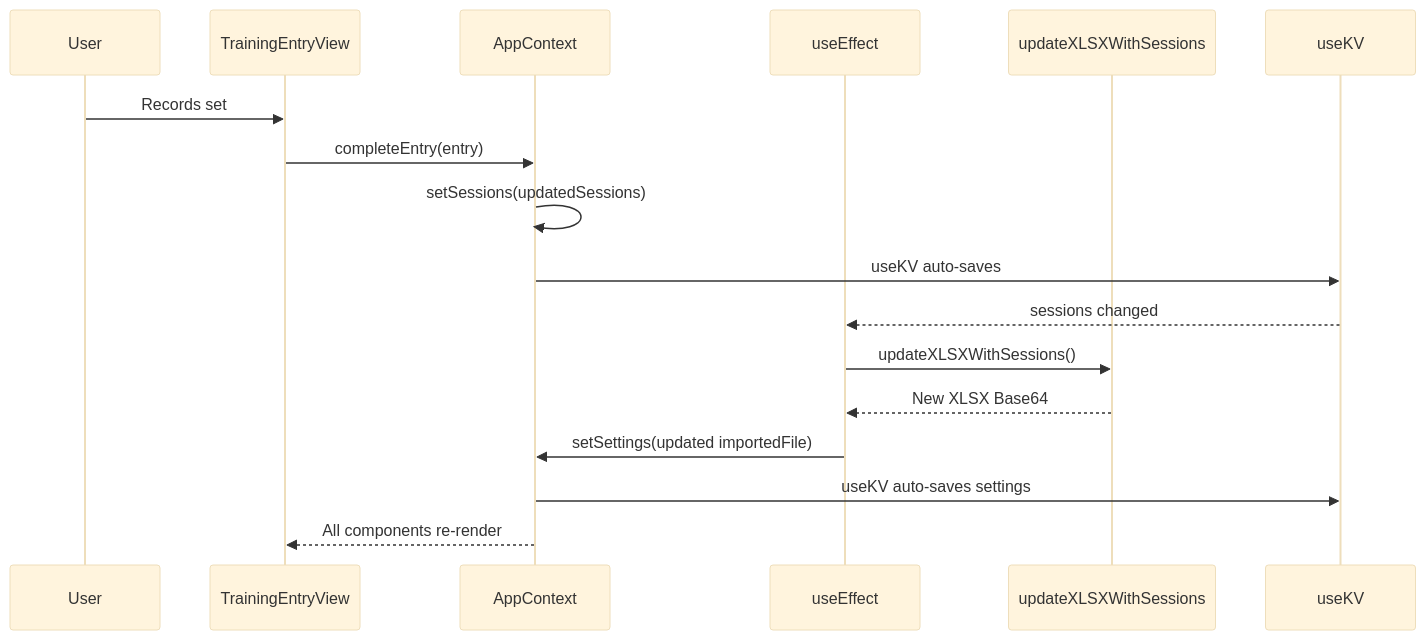
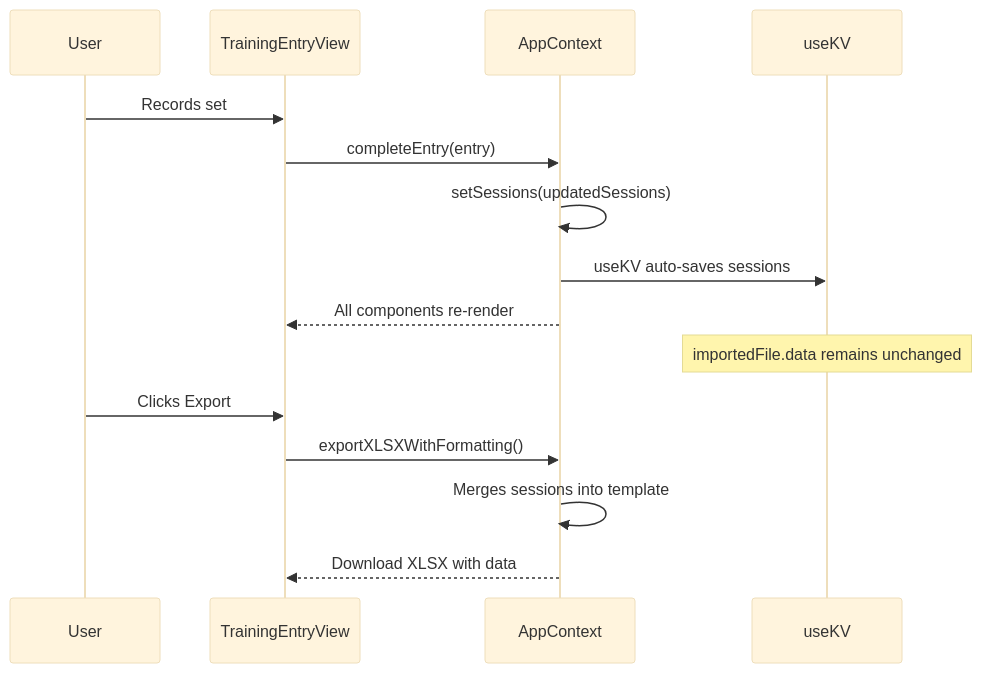
Before and after one commit to harrybin/hill-fitness-sheets: the fifth of 6 diagrams in DATAFLOW.md, drawn with Mermaid (base theme). The commit also changed other lines of this file and 1 other file, not shown here.

Commit message:
fix: update import rules for XLSX parser to require at least four exercises per session

````diff
--- a/DATAFLOW.md
+++ b/DATAFLOW.md
@@ -125,20 +126,20 @@
 ```mermaid
 sequenceDiagram
     participant User
     participant UI as TrainingEntryView
     participant Context as AppContext
-    participant Effect as useEffect
-    participant Utils as updateXLSXWithSessions
     participant Storage as useKV
 
     User->>UI: Records set
     UI->>Context: completeEntry(entry)
     Context->>Context: setSessions(updatedSessions)
-    Context->>Storage: useKV auto-saves
-    Storage-->>Effect: sessions changed
-    Effect->>Utils: updateXLSXWithSessions()
-    Utils-->>Effect: New XLSX Base64
-    Effect->>Context: setSettings(updated importedFile)
-    Context->>Storage: useKV auto-saves settings
+    Context->>Storage: useKV auto-saves sessions
     Context-->>UI: All components re-render
+    
+    Note over Storage: importedFile.data remains unchanged
+    
+    User->>UI: Clicks Export
+    UI->>Context: exportXLSXWithFormatting()
+    Context->>Context: Merges sessions into template
+    Context-->>UI: Download XLSX with data
 ```
````
